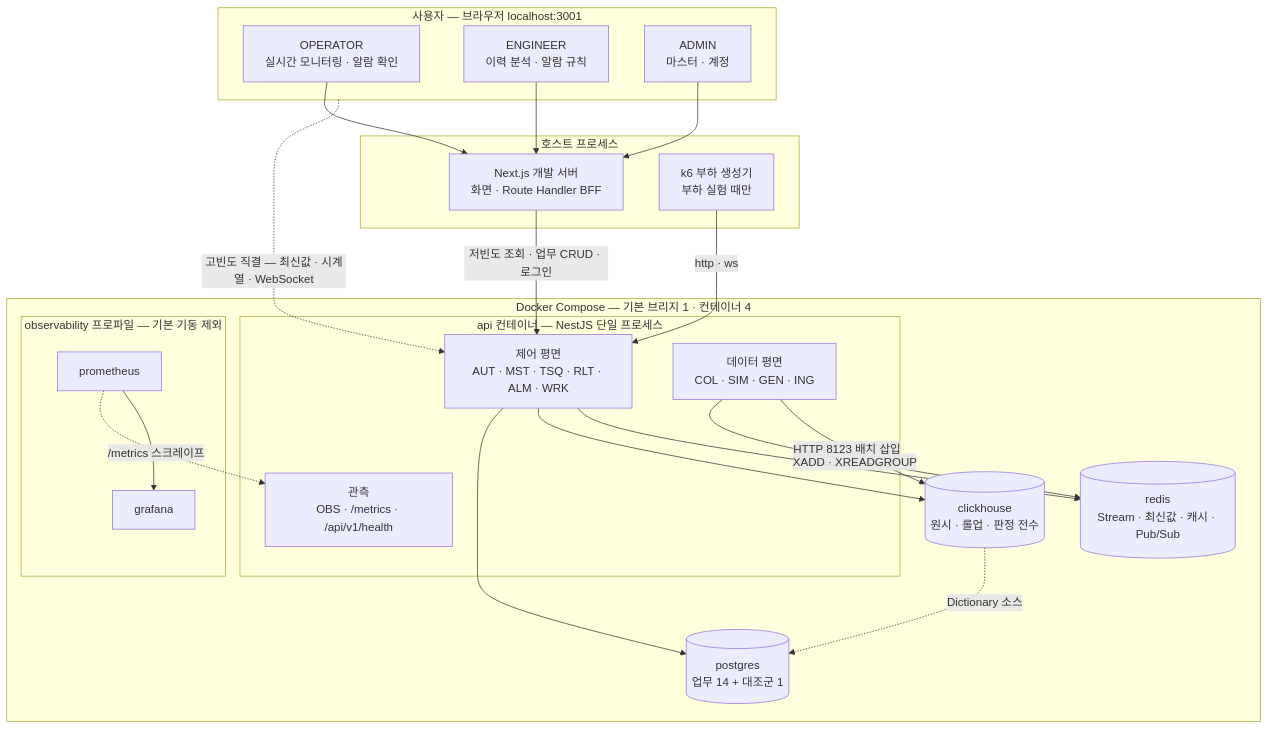
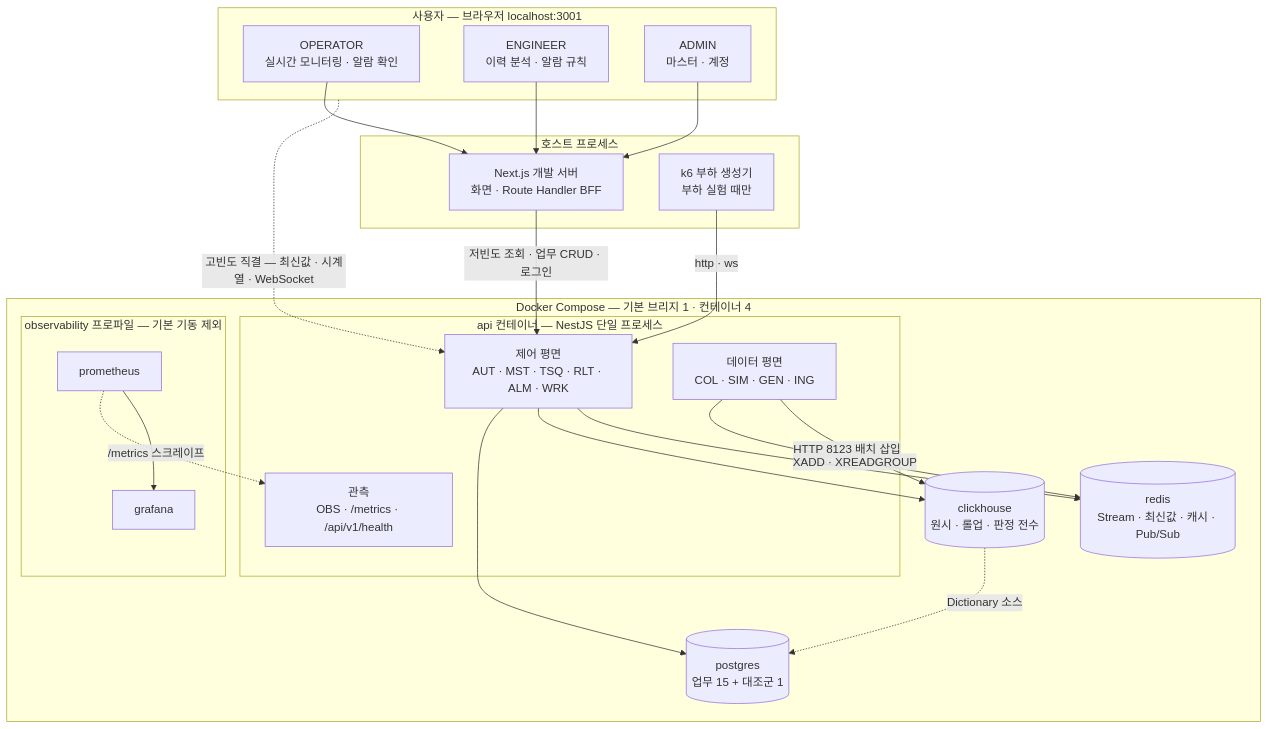
Before and after one commit to jaepil02/db_study: the diagram in docs/04_architecture/01_system_architecture.md, drawn with Mermaid. The commit also changed other lines of this file and 62 other files, not shown here.

````diff
--- a/docs/04_architecture/01_system_architecture.md
+++ b/docs/04_architecture/01_system_architecture.md
@@ -21,40 +22,40 @@
 ```mermaid
 flowchart TB
     subgraph USERS["사용자 — 브라우저 localhost:3001"]
         OP["OPERATOR<br/>실시간 모니터링 · 알람 확인"]
         ENG["ENGINEER<br/>이력 분석 · 알람 규칙"]
         ADM["ADMIN<br/>마스터 · 계정"]
     end
     subgraph HOST["호스트 프로세스"]
         WEB["Next.js 개발 서버<br/>화면 · Route Handler BFF"]
         K6["k6 부하 생성기<br/>부하 실험 때만"]
     end
     subgraph COMPOSE["Docker Compose — 기본 브리지 1 · 컨테이너 4"]
         subgraph API["api 컨테이너 — NestJS 단일 프로세스"]
             CTRL["제어 평면<br/>AUT · MST · TSQ · RLT · ALM · WRK"]
             DATA["데이터 평면<br/>COL · SIM · GEN · ING"]
             OBSM["관측<br/>OBS · /metrics · /api/v1/health"]
         end
-        PG[("postgres<br/>업무 14 + 대조군 1")]
+        PG[("postgres<br/>업무 15 + 대조군 1")]
         CH[("clickhouse<br/>원시 · 롤업 · 판정 전수")]
         RD[("redis<br/>Stream · 최신값 · 캐시 · Pub/Sub")]
         subgraph PROF["observability 프로파일 — 기본 기동 제외"]
             PROM["prometheus"]
             GRAF["grafana"]
         end
     end
     OP --> WEB
     ENG --> WEB
     ADM --> WEB
     WEB -->|"저빈도 조회 · 업무 CRUD · 로그인"| CTRL
     USERS -.->|"고빈도 직결 — 최신값 · 시계열 · WebSocket"| CTRL
     K6 -->|"http · ws"| CTRL
     DATA -->|"XADD · XREADGROUP"| RD
     DATA -->|"HTTP 8123 배치 삽입"| CH
     CTRL --> PG
     CTRL --> CH
     CTRL --> RD
     CH -.->|"Dictionary 소스"| PG
     PROM -.->|"/metrics 스크레이프"| OBSM
     PROM --> GRAF
 ```
````
